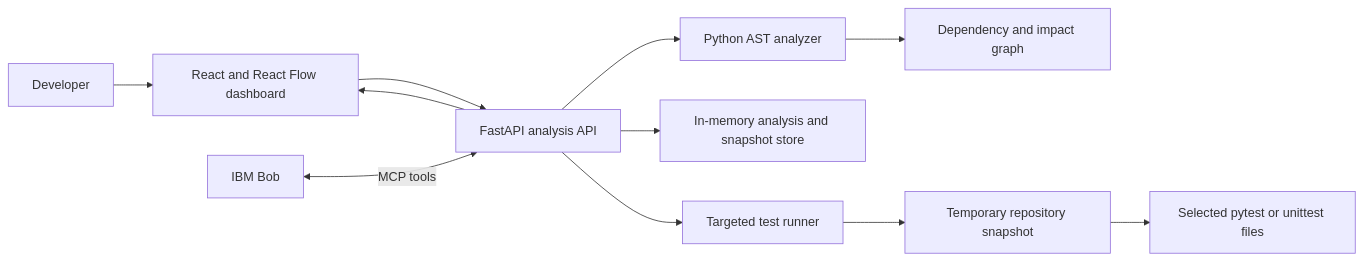
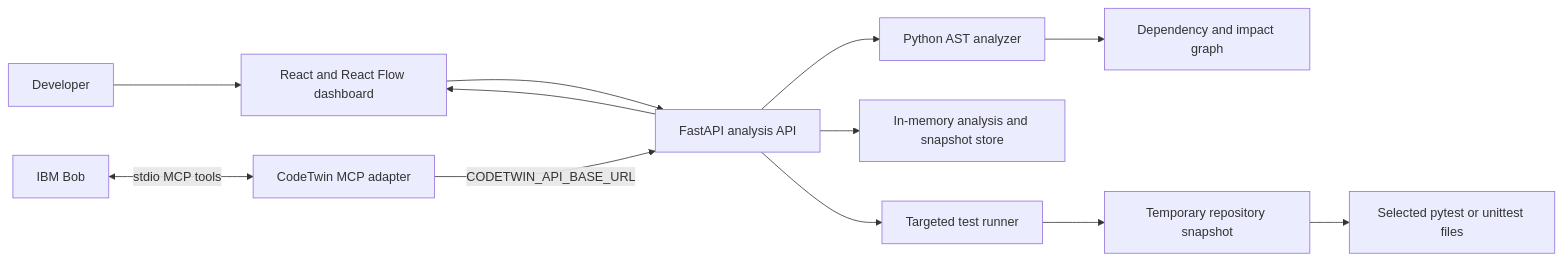
The diagram in ARCHITECTURE.md (prasai-ap/CodeTwin), drawn with Mermaid before and after one commit. The commit also changed other lines of this file and 9 other files, not shown here.

Commit message:
feat(bob): add repository impact validation via MCP

````diff
--- a/ARCHITECTURE.md
+++ b/ARCHITECTURE.md
@@ -14,13 +14,14 @@
 ```mermaid
 flowchart LR
     Dev[Developer] --> UI[React and React Flow dashboard]
     UI --> API[FastAPI analysis API]
-    Bob[IBM Bob] <-->|MCP tools| API
+    Bob[IBM Bob] <-->|stdio MCP tools| MCP[CodeTwin MCP adapter]
+    MCP -->|CODETWIN_API_BASE_URL| API
     API --> AST[Python AST analyzer]
     AST --> Graph[Dependency and impact graph]
     API --> Store[In-memory analysis and snapshot store]
     API --> Runner[Targeted test runner]
     Runner --> Snapshot[Temporary repository snapshot]
     Snapshot --> Tests[Selected pytest or unittest files]
     API --> UI
 ```
````
